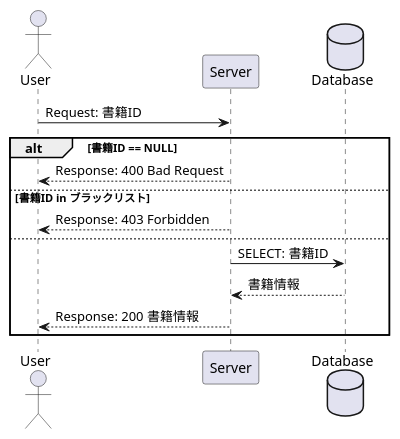
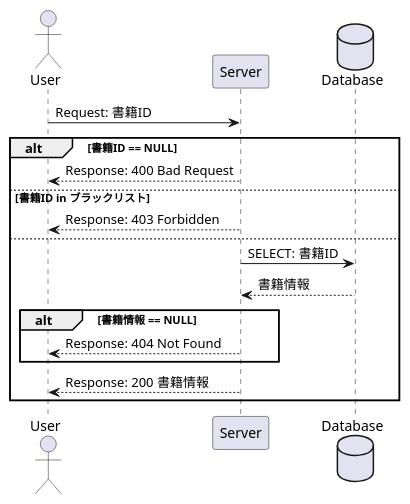
Before and after one commit to CorydorasNomu/plantumldemo: the diagram in sample.pu, drawn with PlantUML.

Commit message:
* [update] #002 該当書籍が存在しない場合の対応
該当書籍がDBに存在しない場合404を返却する分岐を追加

```diff
--- a/sample.pu
+++ b/sample.pu
@@ -1,16 +1,19 @@
 @startuml Sample Sequence
 actor       User     as user
 participant Server   as server
 database    Database as db
 
 user -> server: Request: 書籍ID
 alt 書籍ID == NULL
   user <-- server: Response: 400 Bad Request
 else 書籍ID in ブラックリスト
   user <-- server: Response: 403 Forbidden
 else
   server -> db: SELECT: 書籍ID
   server <-- db: 書籍情報
+  alt 書籍情報 == NULL
+    user <-- server: Response: 404 Not Found
+  end
   user <-- server: Response: 200 書籍情報
 end
 @enduml
```
